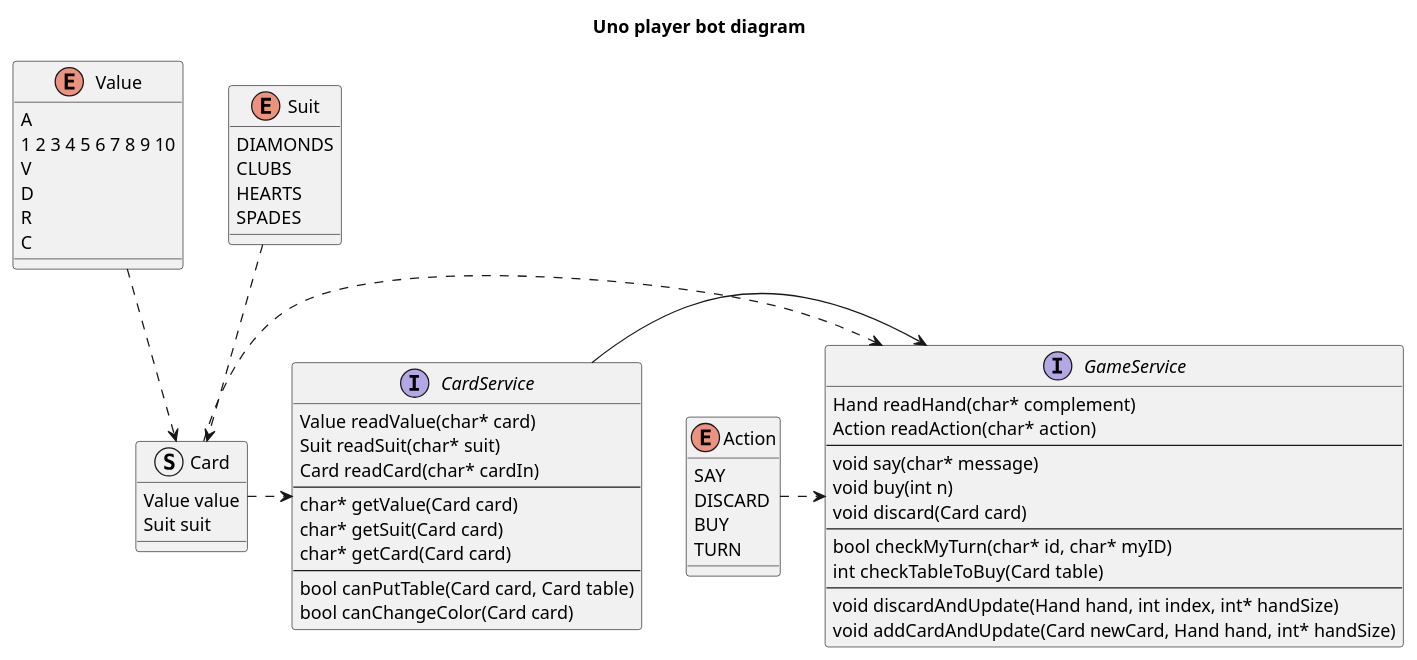
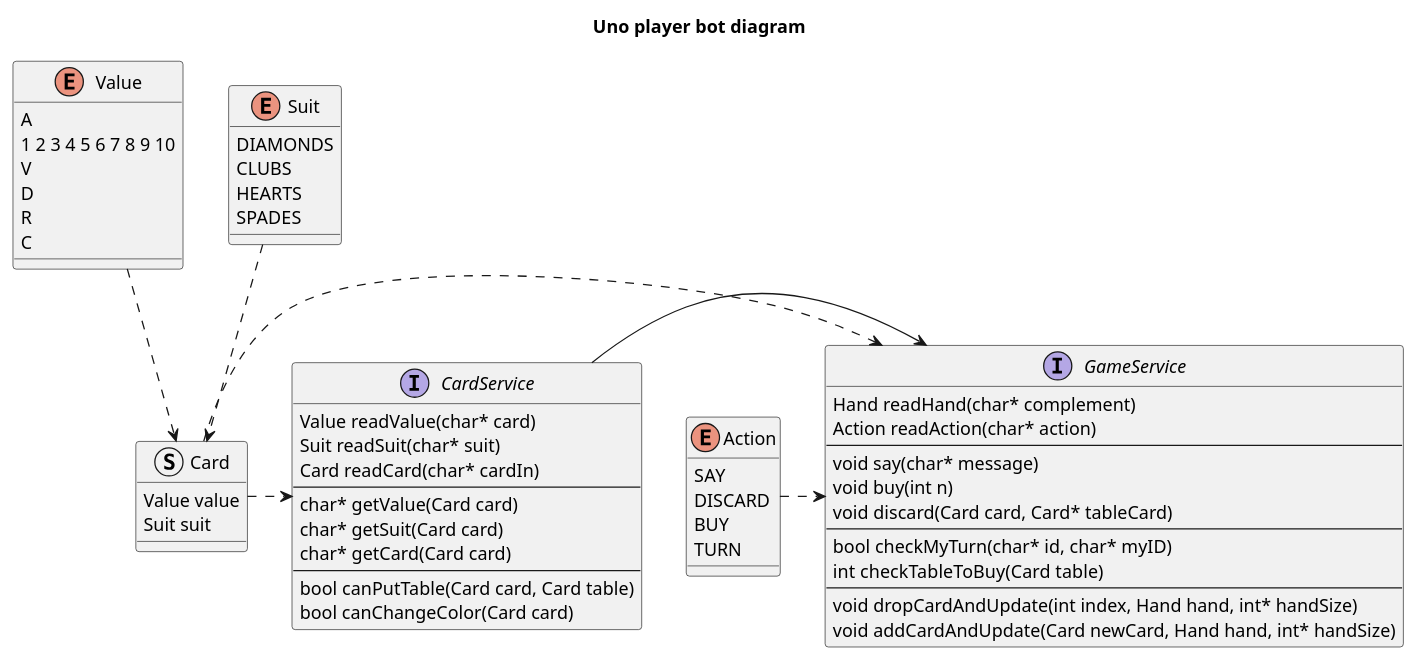
Before and after one commit to Pablo1Gustavo/C_UNO: the diagram in docs/structure.puml, drawn with PlantUML.

Commit message:
dc: update docs to the new code.

```diff
--- a/docs/structure.puml
+++ b/docs/structure.puml
@@ -1,69 +1,69 @@
 @startuml structure
 title Uno player bot diagram
 
 enum Value {
     A
     1 2 3 4 5 6 7 8 9 10
     V
     D
     R
     C
 }
 
 enum Suit {
     DIAMONDS
     CLUBS
     HEARTS
     SPADES
 }
 
 struct Card {
     Value value
     Suit suit
 }
 
 enum Action {
     SAY
     DISCARD
     BUY
     TURN
 }
 
 interface CardService {
     Value readValue(char* card)
     Suit readSuit(char* suit)
     Card readCard(char* cardIn)
     --
     char* getValue(Card card)
     char* getSuit(Card card)
     char* getCard(Card card)
     --
     bool canPutTable(Card card, Card table)
     bool canChangeColor(Card card)
 }
 
 interface GameService {
     Hand readHand(char* complement)
     Action readAction(char* action)
     --
     void say(char* message)
     void buy(int n)
-    void discard(Card card)
+    void discard(Card card, Card* tableCard)
     --
     bool checkMyTurn(char* id, char* myID)
     int checkTableToBuy(Card table)
     --
-    void discardAndUpdate(Hand hand, int index, int* handSize)
+    void dropCardAndUpdate(int index, Hand hand, int* handSize)
     void addCardAndUpdate(Card newCard, Hand hand, int* handSize)
 }
 
 Value ..> Card
 Suit ..> Card
 
 Card .> CardService
 
 Card .> GameService
 CardService -> GameService
 Action .> GameService
 
 @enduml
```
